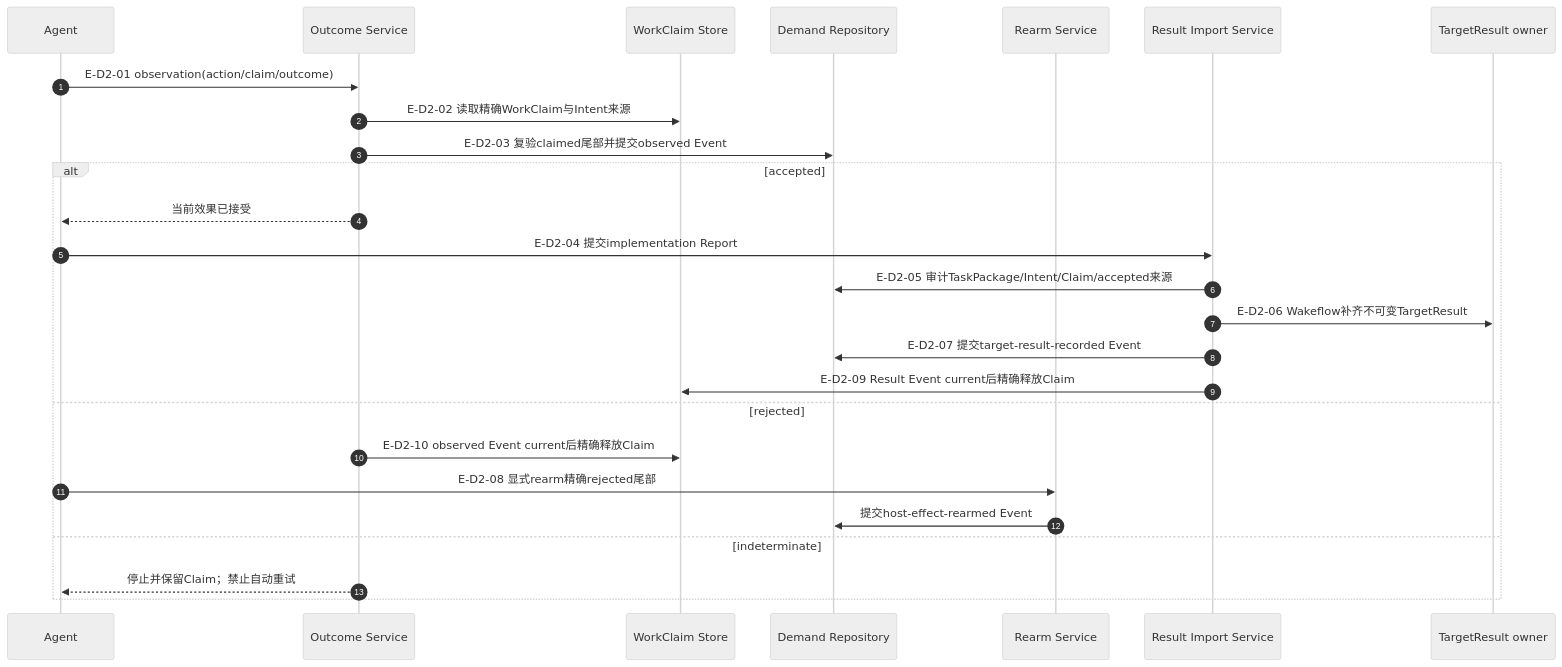
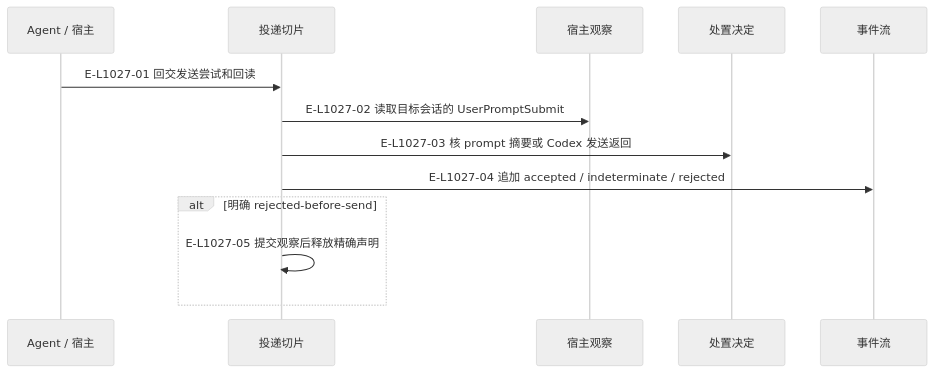
One commit to GxFn/Wakeflow changed the second of 3 diagrams in wakeflow-architecture-atlas/maps/06-implementation-delivery-review/runtime-call-flow.md. Above: the diagram before and after it, drawn with Mermaid (neutral theme). The commit also changed other lines of this file and 71 other files, not shown here.

Commit message:
docs(atlas): align architecture maps with L1 nine-slice implementation

````diff
--- a/wakeflow-architecture-atlas/maps/06-implementation-delivery-review/runtime-call-flow.md
+++ b/wakeflow-architecture-atlas/maps/06-implementation-delivery-review/runtime-call-flow.md
@@ -75,32 +184,17 @@
 ```mermaid
 sequenceDiagram
-  accTitle: 宿主效果观察与TargetResult事件导入
-  accDescr: Agent执行动作后向Outcome Service报告accepted、indeterminate或rejected观察。Service闭合Claim、Intent和当前Demand尾部并提交observed事件。rejected在事件current后精确释放Claim并可显式Rearm；indeterminate保留Claim并停止。只有accepted效果允许Result Import解析Agent Report、创建不可变TargetResult并提交result事件，随后精确释放Claim。
-
-  autonumber
-  participant AGENT as Agent
-  participant OUTCOME as Outcome Service
-  participant CLAIM as WorkClaim Store
-  participant REPO as Demand Repository
-  participant REARM as Rearm Service
-  participant IMPORT as Result Import Service
-  participant RESULT as TargetResult owner
-
-  AGENT->>OUTCOME: E-D2-01 observation(action/claim/outcome)
-  OUTCOME->>CLAIM: E-D2-02 读取精确WorkClaim与Intent来源
-  OUTCOME->>REPO: E-D2-03 复验claimed尾部并提交observed Event
-  alt accepted
-    OUTCOME-->>AGENT: 当前效果已接受
-    AGENT->>IMPORT: E-D2-04 提交implementation Report
-    IMPORT->>REPO: E-D2-05 审计TaskPackage/Intent/Claim/accepted来源
-    IMPORT->>RESULT: E-D2-06 Wakeflow补齐不可变TargetResult
-    IMPORT->>REPO: E-D2-07 提交target-result-recorded Event
-    IMPORT->>CLAIM: E-D2-09 Result Event current后精确释放Claim
-  else rejected
-    OUTCOME->>CLAIM: E-D2-10 observed Event current后精确释放Claim
-    AGENT->>REARM: E-D2-08 显式rearm精确rejected尾部
-    REARM->>REPO: 提交host-effect-rearmed Event
-  else indeterminate
-    OUTCOME-->>AGENT: 停止并保留Claim；禁止自动重试
+  accTitle: 落地证据与不确定结果
+  accDescr: 落地证据与不确定结果；箭头区分当前代码步骤、返回事实与明确的条件。
+  participant agent as Agent / 宿主
+  participant slice as 投递切片
+  participant hook as 宿主观察
+  participant decide as 处置决定
+  participant event as 事件流
+  agent->>slice: E-L1027-01 回交发送尝试和回读
+  slice->>hook: E-L1027-02 读取目标会话的 UserPromptSubmit
+  slice->>decide: E-L1027-03 核 prompt 摘要或 Codex 发送返回
+  slice->>event: E-L1027-04 追加 accepted / indeterminate / rejected
+  alt 明确 rejected-before-send
+  slice->>slice: E-L1027-05 提交观察后释放精确声明
   end
 ```
````
